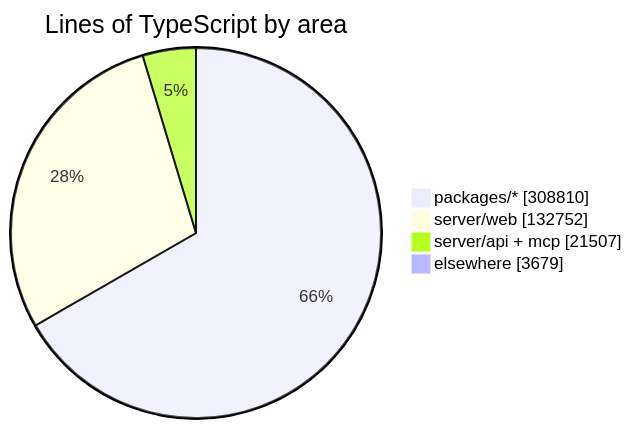
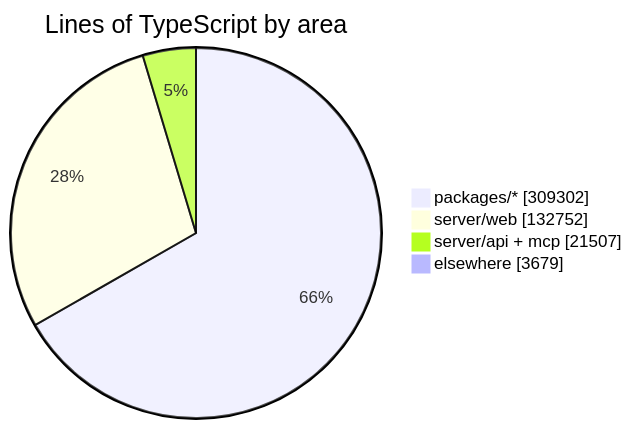
Before and after one commit to crossworks-engineering/mantle: the diagram in README.md, drawn with Mermaid. The commit also changed other lines of this file and 2 other files, not shown here.

````diff
--- a/README.md
+++ b/README.md
@@ -294,7 +294,7 @@
 ```mermaid
 pie showData title Lines of TypeScript by area
-    "packages/*" : 308810
+    "packages/*" : 309302
     "server/web" : 132752
     "server/api + mcp" : 21507
     "elsewhere" : 3679
 ```
````
